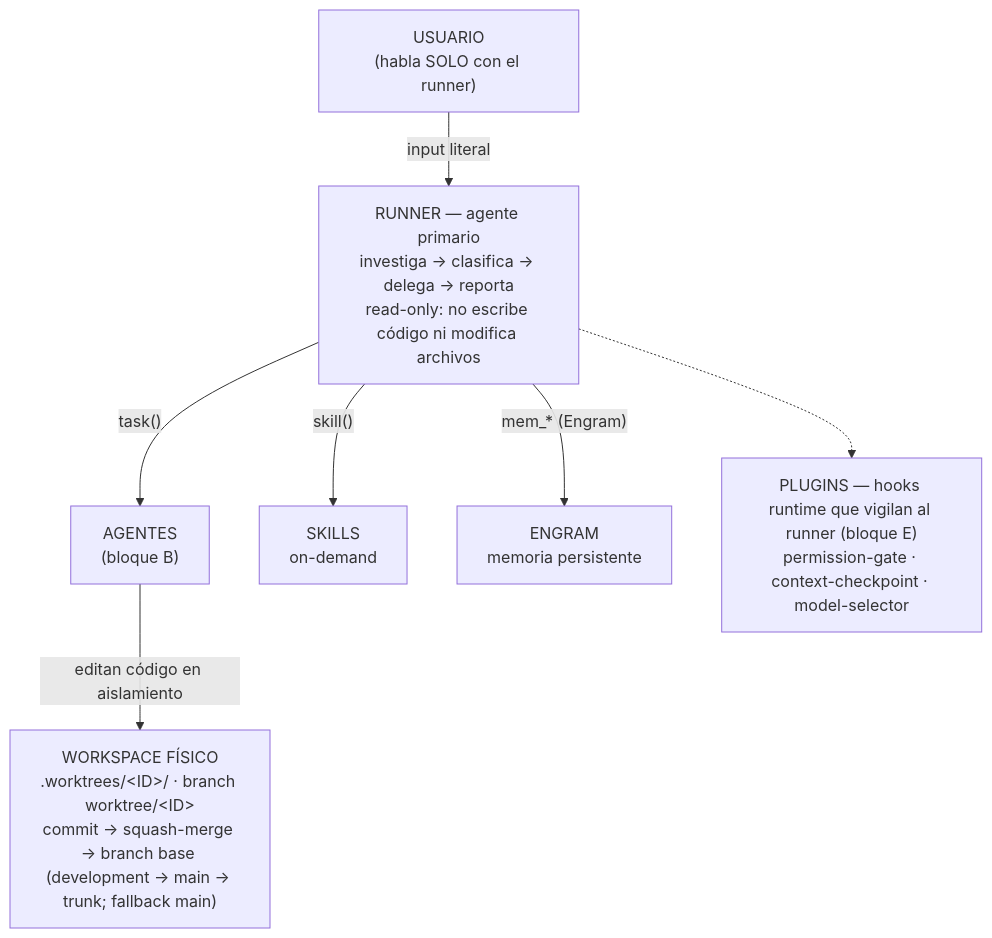
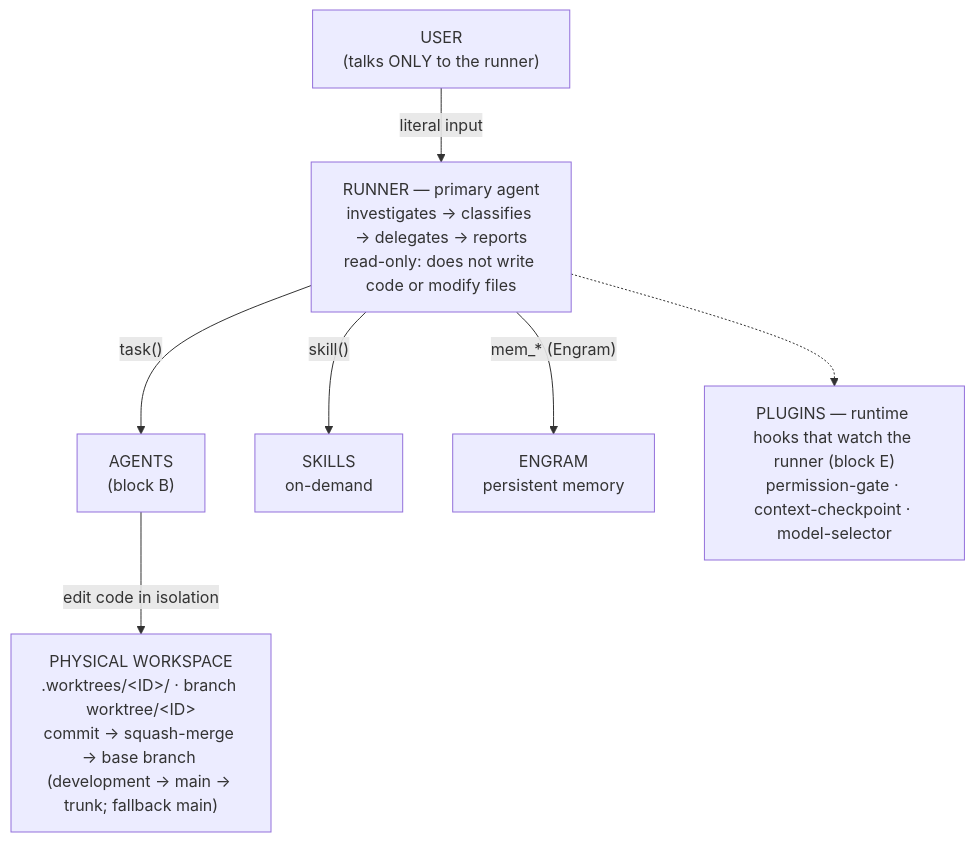
The diagram in docs/core-flowtask.md (Saez520/flowtask), drawn with Mermaid before and after one commit. The commit also changed other lines of this file and 57 other files, not shown here.

````diff
--- a/docs/core-flowtask.md
+++ b/docs/core-flowtask.md
@@ -81,16 +80,16 @@
 ```mermaid
 flowchart TB
-    U["USUARIO<br/>(habla SOLO con el runner)"]
-    R["RUNNER — agente primario<br/>investiga → clasifica → delega → reporta<br/>read-only: no escribe código ni modifica archivos"]
+    U["USER<br/>(talks ONLY to the runner)"]
+    R["RUNNER — primary agent<br/>investigates → classifies → delegates → reports<br/>read-only: does not write code or modify files"]
 
-    U -- "input literal" --> R
+    U -- "literal input" --> R
 
-    R -- "task()" --> A["AGENTES<br/>(bloque B)"]
+    R -- "task()" --> A["AGENTS<br/>(block B)"]
     R -- "skill()" --> S["SKILLS<br/>on-demand"]
-    R -- "mem_* (Engram)" --> E["ENGRAM<br/>memoria persistente"]
+    R -- "mem_* (Engram)" --> E["ENGRAM<br/>persistent memory"]
 
-    A -- "editan código en aislamiento" --> W["WORKSPACE FÍSICO<br/>.worktrees/&lt;ID&gt;/ · branch worktree/&lt;ID&gt;<br/>commit → squash-merge → branch base (development → main → trunk; fallback main)"]
+    A -- "edit code in isolation" --> W["PHYSICAL WORKSPACE<br/>.worktrees/&lt;ID&gt;/ · branch worktree/&lt;ID&gt;<br/>commit → squash-merge → base branch (development → main → trunk; fallback main)"]
 
-    P["PLUGINS — hooks runtime que vigilan al runner (bloque E)<br/>permission-gate · context-checkpoint · model-selector"]
+    P["PLUGINS — runtime hooks that watch the runner (block E)<br/>permission-gate · context-checkpoint · model-selector"]
     R -.-> P
 ```
````
